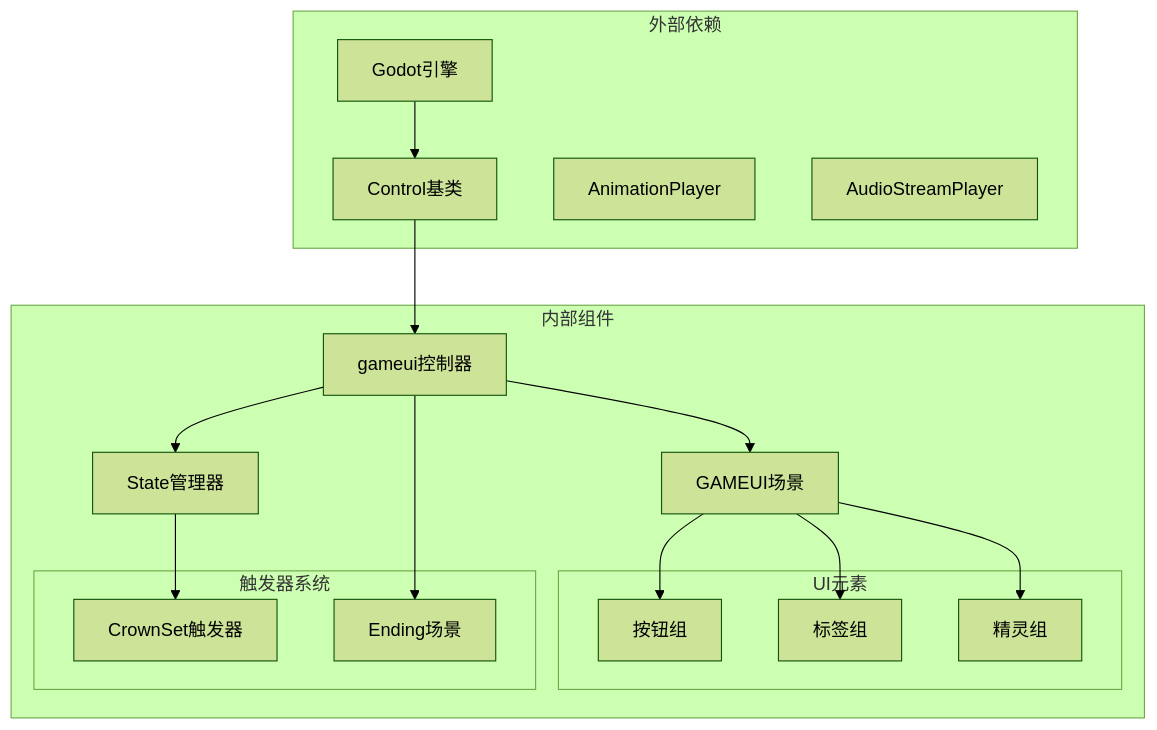
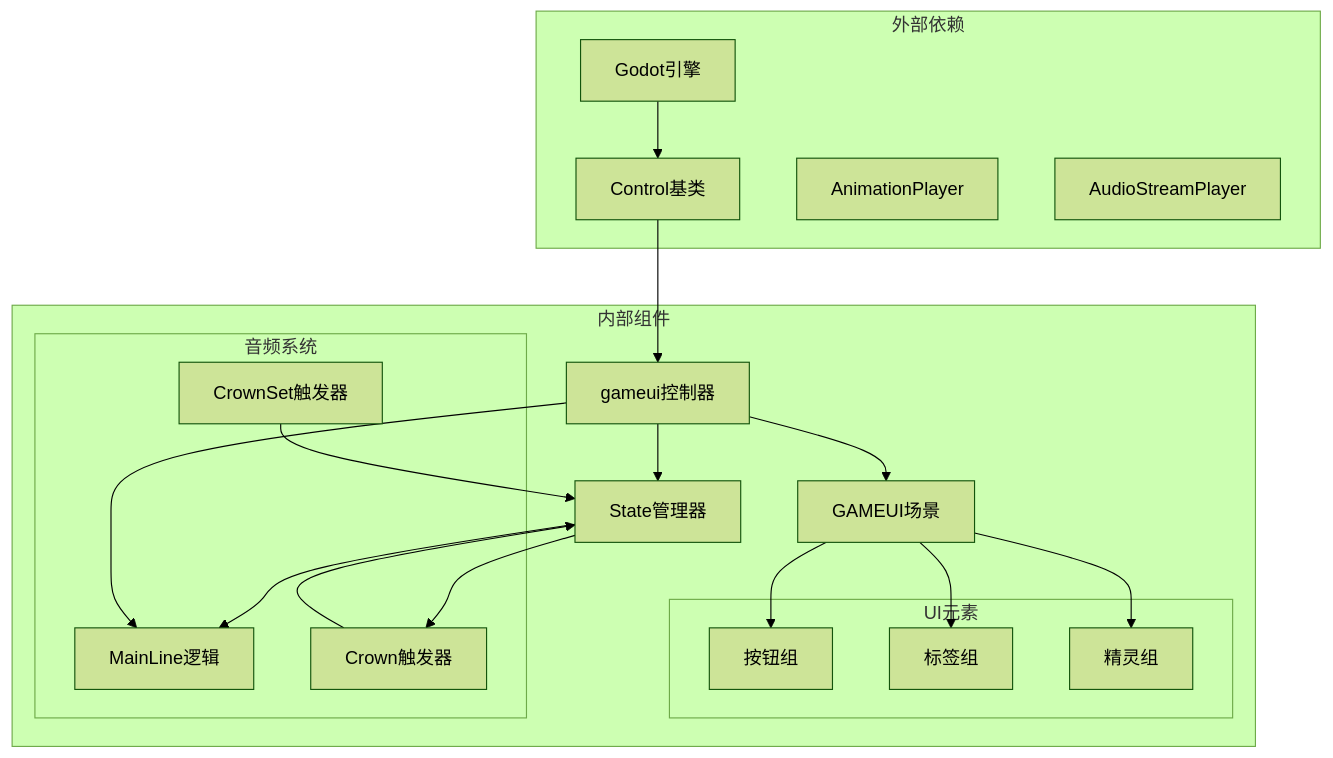
One commit to godotline/godot-line changed the eighth of 8 diagrams in .qoder/repowiki/zh/content/API参考/UI系统API.md. Above: the diagram before and after it, drawn with Mermaid (forest theme). The commit also changed other lines of this file and 7 other files, not shown here.

````diff
--- a/.qoder/repowiki/zh/content/API参考/UI系统API.md
+++ b/.qoder/repowiki/zh/content/API参考/UI系统API.md
@@ -300,32 +419,36 @@
 ```mermaid
 graph TB
 subgraph "外部依赖"
 Godot[Godot引擎]
 Control[Control基类]
 AnimationPlayer[AnimationPlayer]
 AudioStreamPlayer[AudioStreamPlayer]
 end
 subgraph "内部组件"
 gameui[gameui控制器]
 State[State管理器]
 GAMEUI[GAMEUI场景]
 subgraph "UI元素"
 buttons[按钮组]
 labels[标签组]
 sprites[精灵组]
 end
-subgraph "触发器系统"
+subgraph "音频系统"
+MainLine[MainLine逻辑]
+Crown[Crown触发器]
 CrownSet[CrownSet触发器]
-Ending[Ending场景]
 end
 end
 Godot --> Control
 Control --> gameui
 gameui --> State
 gameui --> GAMEUI
 GAMEUI --> buttons
 GAMEUI --> labels
 GAMEUI --> sprites
-State --> CrownSet
-gameui --> Ending
+State --> Crown
+State --> MainLine
+Crown --> State
+CrownSet --> State
+gameui --> MainLine
 ```
````
